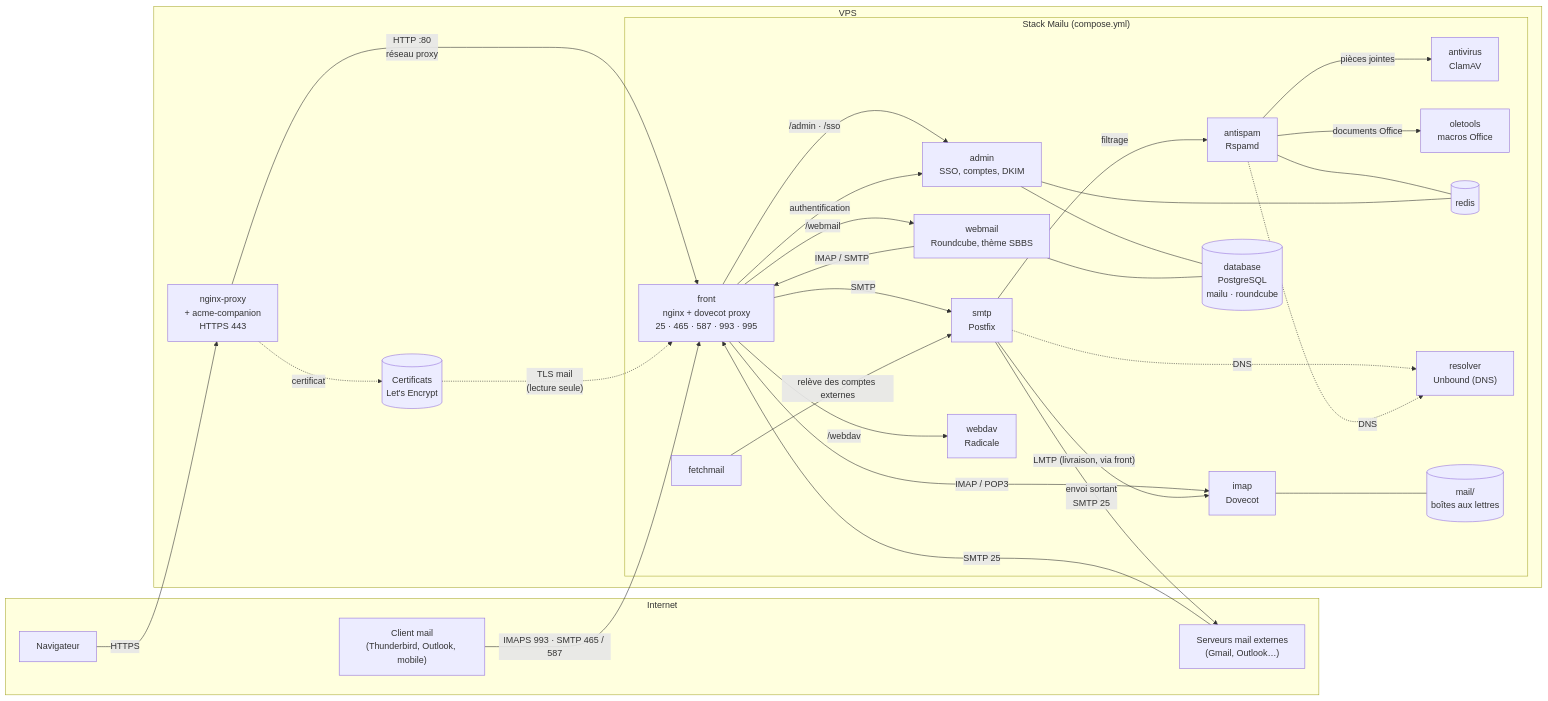
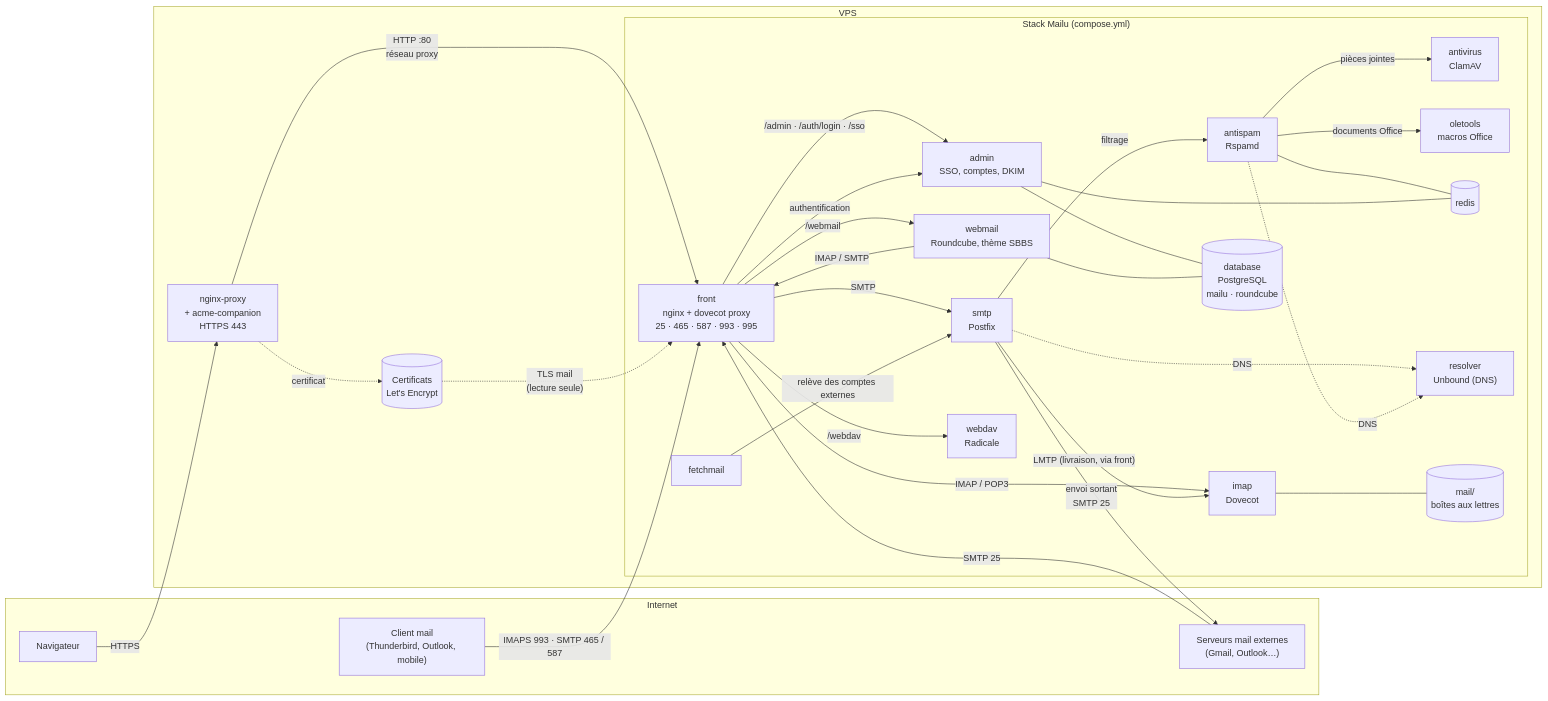
The diagram in README.md (flavien-hugs/config-mailu), drawn with Mermaid before and after one commit. The commit also changed other lines of this file and 1 other file, not shown here.

First line of the commit message:
Page de connexion à l'adresse /auth/login

````diff
--- a/README.md
+++ b/README.md
@@ -11,62 +11,62 @@
 ```mermaid
 flowchart LR
     subgraph ext["Internet"]
         browser["Navigateur"]
         client["Client mail<br/>(Thunderbird, Outlook, mobile)"]
         mx["Serveurs mail externes<br/>(Gmail, Outlook…)"]
     end
 
     subgraph host["VPS"]
         proxy["nginx-proxy<br/>+ acme-companion<br/>HTTPS 443"]
         certs[("Certificats<br/>Let's Encrypt")]
 
         subgraph mailu["Stack Mailu (compose.yml)"]
             front["front<br/>nginx + dovecot proxy<br/>25 · 465 · 587 · 993 · 995"]
             admin["admin<br/>SSO, comptes, DKIM"]
             webmail["webmail<br/>Roundcube, thème SBBS"]
             smtp["smtp<br/>Postfix"]
             imap["imap<br/>Dovecot"]
             antispam["antispam<br/>Rspamd"]
             antivirus["antivirus<br/>ClamAV"]
             oletools["oletools<br/>macros Office"]
             redis[("redis")]
             db[("database<br/>PostgreSQL<br/>mailu · roundcube")]
             resolver["resolver<br/>Unbound (DNS)"]
             fetchmail["fetchmail"]
             webdav["webdav<br/>Radicale"]
             maildir[("mail/<br/>boîtes aux lettres")]
         end
     end
 
     browser -- "HTTPS" --> proxy
     proxy -- "HTTP :80<br/>réseau proxy" --> front
     proxy -. "certificat" .-> certs
     certs -. "TLS mail<br/>(lecture seule)" .-> front
 
     client -- "IMAPS 993 · SMTP 465 / 587" --> front
     mx -- "SMTP 25" --> front
 
-    front -- "/admin · /sso" --> admin
+    front -- "/admin · /auth/login · /sso" --> admin
     front -- "/webmail" --> webmail
     front -- "/webdav" --> webdav
     front -- "authentification" --> admin
     front -- "SMTP" --> smtp
     front -- "IMAP / POP3" --> imap
 
     smtp -- "filtrage" --> antispam
     antispam -- "pièces jointes" --> antivirus
     antispam -- "documents Office" --> oletools
     antispam --- redis
     smtp -- "LMTP (livraison, via front)" --> imap
     imap --- maildir
     smtp -- "envoi sortant<br/>SMTP 25" --> mx
 
     admin --- db
     webmail --- db
     admin --- redis
     webmail -- "IMAP / SMTP" --> front
     fetchmail -- "relève des comptes externes" --> smtp
 
     smtp -. "DNS" .-> resolver
     antispam -. "DNS" .-> resolver
 ```
````
